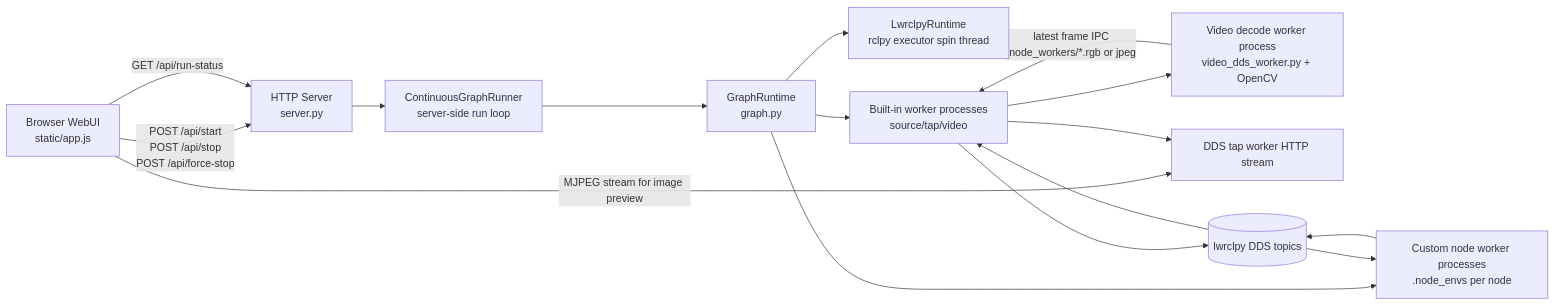
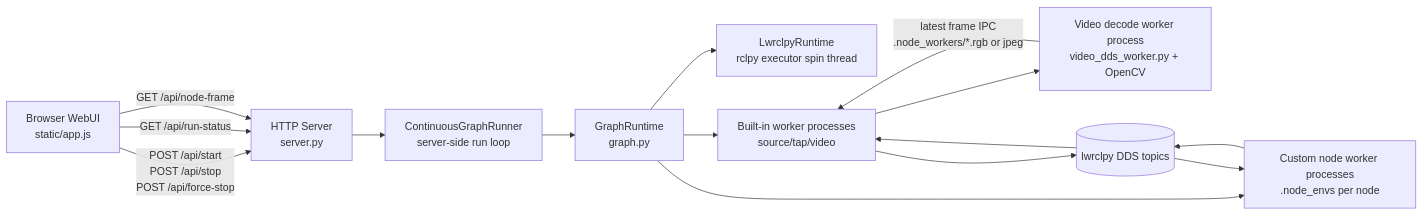
The first of 6 diagrams in ARCHITECTURE.md (tatsuyai713/lwrclpy-web-node-editor), drawn with Mermaid before and after one commit. The commit also changed other lines of this file and 7 other files, not shown here.

First line of the commit message:
Refactor architecture and improve data flow handling

````diff
--- a/ARCHITECTURE.md
+++ b/ARCHITECTURE.md
@@ -14,29 +14,27 @@
 ```mermaid
 flowchart LR
   Browser[Browser WebUI<br>static/app.js]
   Server[HTTP Server<br>server.py]
   Runner[ContinuousGraphRunner<br>server-side run loop]
   Graph[GraphRuntime<br>graph.py]
   Runtime[LwrclpyRuntime<br>rclpy executor spin thread]
   Builtin[Built-in worker processes<br>source/tap/video]
   Custom[Custom node worker processes<br>.node_envs per node]
   VideoWorker[Video decode worker process<br>video_dds_worker.py + OpenCV]
-  TapStream[DDS tap worker HTTP stream]
   DDS[(lwrclpy DDS topics)]
 
   Browser -->|POST /api/start<br>POST /api/stop<br>POST /api/force-stop| Server
   Browser -->|GET /api/run-status| Server
-  Browser -->|MJPEG stream for image preview| TapStream
+  Browser -->|GET /api/node-frame| Server
   Server --> Runner
   Runner --> Graph
   Graph --> Runtime
   Graph --> Builtin
   Graph --> Custom
   Builtin --> DDS
   Custom --> DDS
   DDS --> Builtin
   DDS --> Custom
   Builtin --> VideoWorker
   VideoWorker -->|latest frame IPC<br>.node_workers/*.rgb or jpeg| Builtin
-  Builtin --> TapStream
 ```
````
